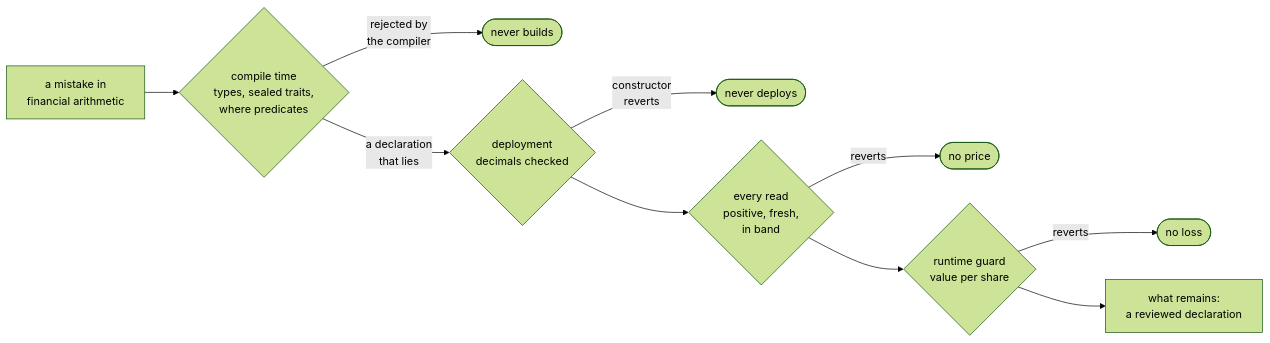
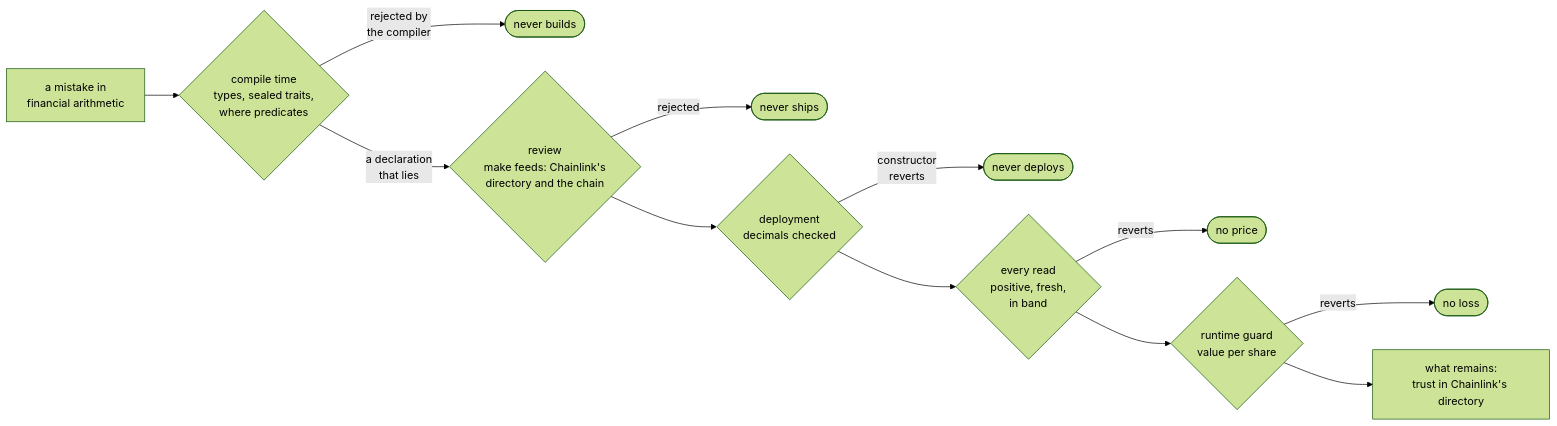
Before and after one commit to Femtech-web/Dimension: the diagram in README.md, drawn with Mermaid (forest theme). The commit also changed other lines of this file and 40 other files, not shown here.

````diff
--- a/README.md
+++ b/README.md
@@ -186,12 +187,14 @@
 ```mermaid
 flowchart LR
     M["a mistake in<br/>financial arithmetic"] --> C{"compile time<br/>types, sealed traits,<br/>where predicates"}
     C -- "rejected by<br/>the compiler" --> X1(["never builds"])
-    C -- "a declaration<br/>that lies" --> B{"deployment<br/>decimals checked"}
+    C -- "a declaration<br/>that lies" --> F{"review<br/>make feeds: Chainlink's<br/>directory and the chain"}
+    F -- "rejected" --> X0(["never ships"])
+    F --> B{"deployment<br/>decimals checked"}
     B -- "constructor<br/>reverts" --> X2(["never deploys"])
     B --> R{"every read<br/>positive, fresh,<br/>in band"}
     R -- "reverts" --> X3(["no price"])
     R --> G{"runtime guard<br/>value per share"}
     G -- "reverts" --> X4(["no loss"])
-    G --> E["what remains:<br/>a reviewed declaration"]
+    G --> E["what remains:<br/>trust in Chainlink's directory"]
 ```
````
